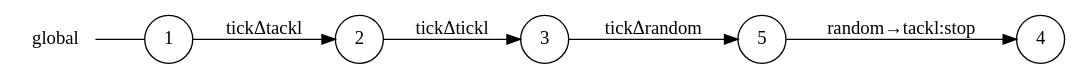
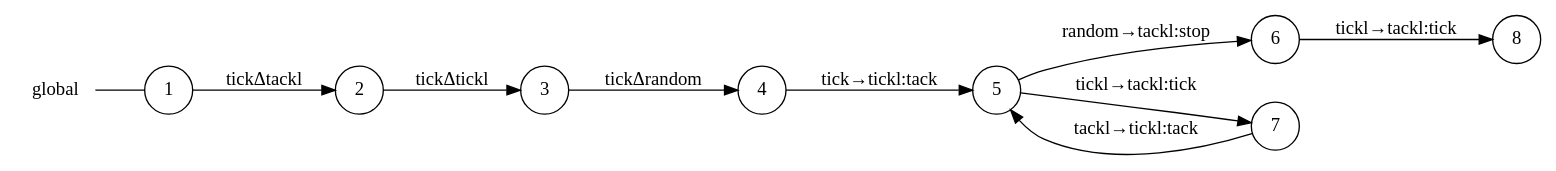
One commit to gabrielegenovese/chorer changed the diagram in example/ticktack/tick_global_view.dot. Above: the diagram before and after it, drawn with Graphviz. The commit also changed 8 other files, not shown here.

```diff
--- a/example/ticktack/tick_global_view.dot
+++ b/example/ticktack/tick_global_view.dot
@@ -1,15 +1,22 @@
 digraph global {
 	rankdir="LR";
 	n_0 [label="global", shape="plaintext"];
 	n_1 [id="5", shape=circle, label="5"];
-	n_2 [id="1", shape=circle, label="1"];
-	n_0 -> n_2 [arrowhead=none];
-	n_3 [id="2", shape=circle, label="2"];
-	n_4 [id="4", shape=circle, label="4"];
-	n_5 [id="3", shape=circle, label="3"];
+	n_2 [id="6", shape=circle, label="6"];
+	n_3 [id="1", shape=circle, label="1"];
+	n_0 -> n_3 [arrowhead=none];
+	n_4 [id="2", shape=circle, label="2"];
+	n_5 [id="8", shape=circle, label="8"];
+	n_6 [id="4", shape=circle, label="4"];
+	n_7 [id="7", shape=circle, label="7"];
+	n_8 [id="3", shape=circle, label="3"];
 
-	n_2 -> n_3 [id="[$e|2]", label="tickΔtackl"];
-	n_5 -> n_1 [id="[$e|0]", label="tickΔrandom"];
-	n_1 -> n_4 [id="[$e|3]", label="random→tackl:stop"];
-	n_3 -> n_5 [id="[$e|1]", label="tickΔtickl"];
+	n_4 -> n_8 [id="[$e|1]", label="tickΔtickl"];
+	n_6 -> n_1 [id="[$e|3]", label="tick→tickl:tack"];
+	n_2 -> n_5 [id="[$e|6]", label="tickl→tackl:tick"];
+	n_7 -> n_1 [id="[$e|7]", label="tackl→tickl:tack"];
+	n_1 -> n_7 [id="[$e|5]", label="tickl→tackl:tick"];
+	n_3 -> n_4 [id="[$e|0]", label="tickΔtackl"];
+	n_1 -> n_2 [id="[$e|4]", label="random→tackl:stop"];
+	n_8 -> n_6 [id="[$e|2]", label="tickΔrandom"];
 }
```
